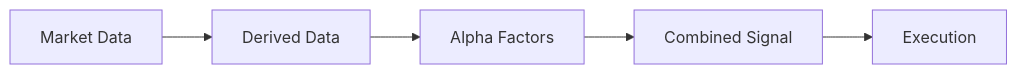
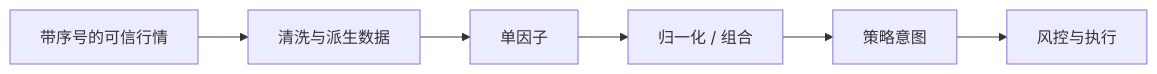
One commit to xizheyin/hft-book-rs changed the diagram in src/engine/signals.md. Above: the diagram before and after it, drawn with Mermaid. The commit also changed other lines of this file and 88 other files, not shown here.

````diff
--- a/src/engine/signals.md
+++ b/src/engine/signals.md
@@ -11,7 +9,8 @@
 ```mermaid
-graph LR
-    A[Market Data] --> B[Derived Data]
-    B --> C[Alpha Factors]
-    C --> D[Combined Signal]
-    D --> E[Execution]
+flowchart LR
+    A["带序号的可信行情"] --> B["清洗与派生数据"]
+    B --> C["单因子"]
+    C --> D["归一化 / 组合"]
+    D --> E["策略意图"]
+    E --> F["风控与执行"]
 ```
````
